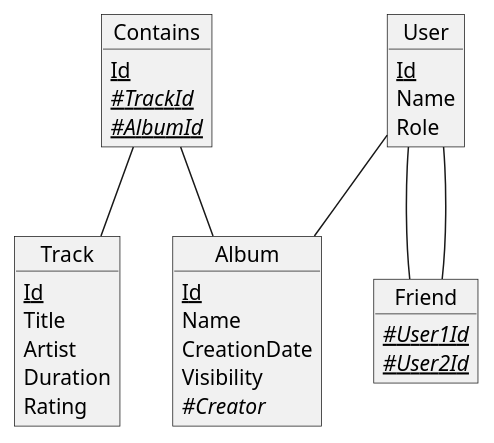
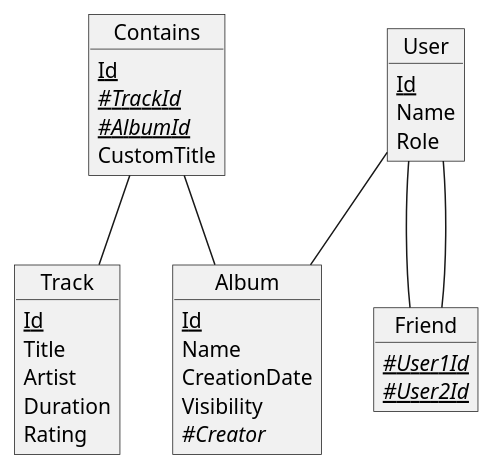
Before and after one commit to LogicLoic/GenshinOSTAPI: the first of 2 diagrams in README.md, drawn with PlantUML. The commit also changed 5 other files, not shown here.

````diff
--- a/README.md
+++ b/README.md
@@ -3,45 +3,46 @@
 ```plantuml
 @startuml
 
 object Track {
 <u>Id
 Title
 Artist
 Duration
 Rating
 }
 
 object Album {
 <u>Id
 Name
 CreationDate
 Visibility
 <i>#Creator
 }
 
 object User {
 <u>Id
 Name
 Role
 }
 
 object Contains {
 <u>Id
 <u><i>#TrackId
 <u><i>#AlbumId
+CustomTitle
 }
 
 object Friend{
 <u><i>#User1Id
 <u><i>#User2Id
 }
 
 Contains-- Album
 Contains-- Track
 User -- Album
 User -- Friend
 User -- Friend
 
 
 @enduml
 ```
````
